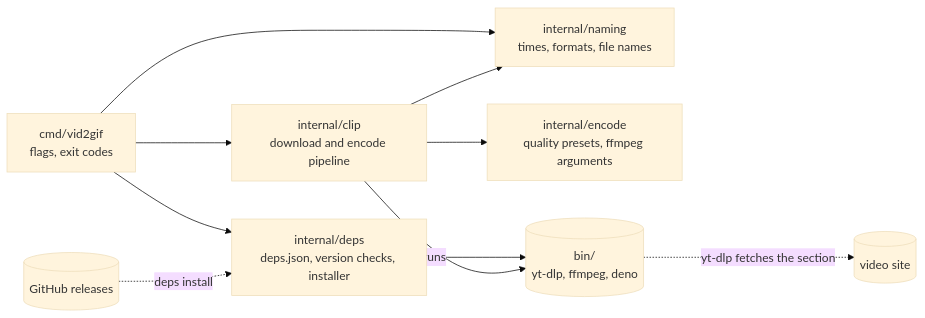
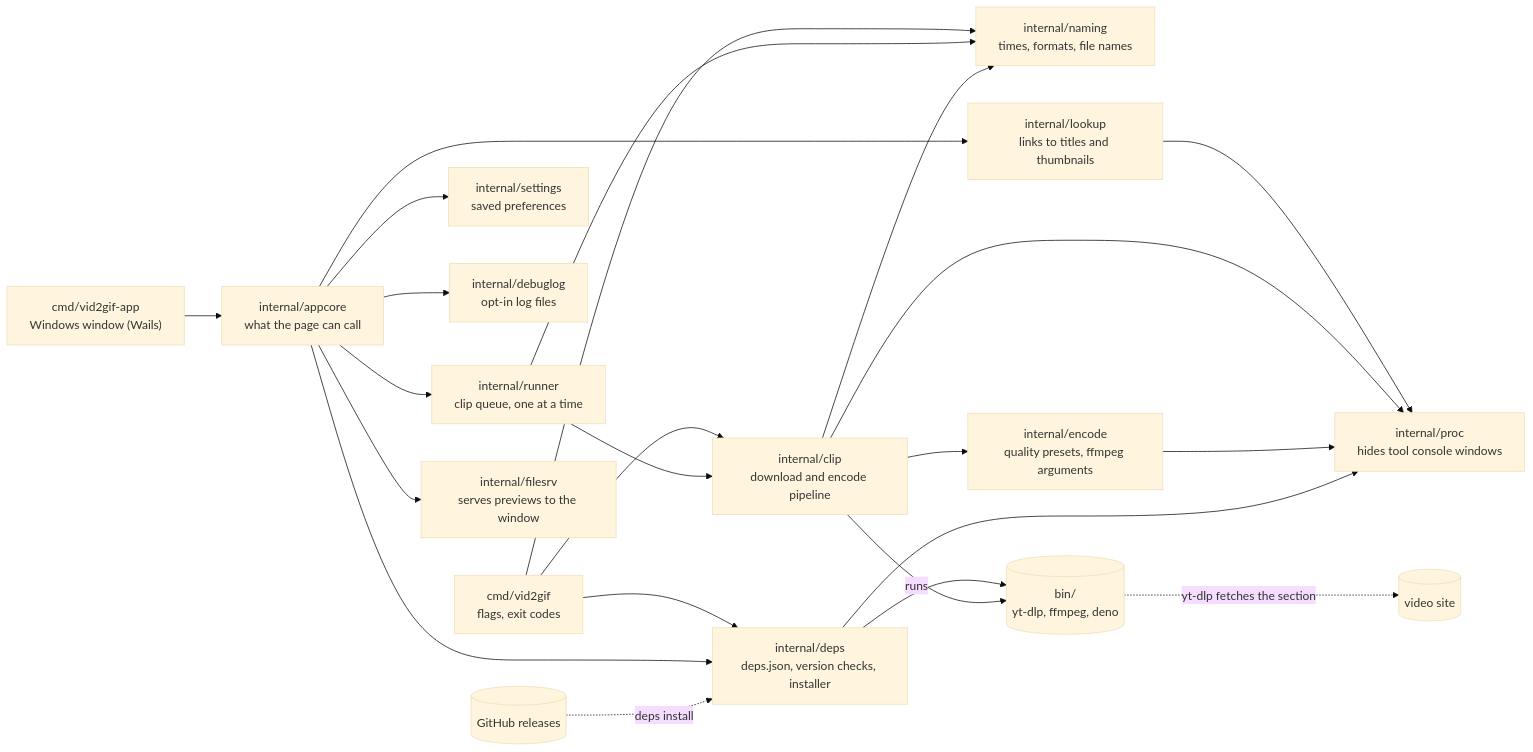
Before and after one commit to noktoa/vid2gif: the first of 2 diagrams in README.md, drawn with Mermaid (base theme). The commit also changed other lines of this file and 2 other files, not shown here.

Commit message:
chore: release and CI for the app

````diff
--- a/README.md
+++ b/README.md
@@ -132,21 +156,42 @@
 ```mermaid
 flowchart LR
     cli["cmd/vid2gif<br/>flags, exit codes"]
     naming["internal/naming<br/>times, formats, file names"]
     deps["internal/deps<br/>deps.json, version checks, installer"]
     clip["internal/clip<br/>download and encode pipeline"]
     encode["internal/encode<br/>quality presets, ffmpeg arguments"]
+    app["cmd/vid2gif-app<br/>Windows window (Wails)"]
+    appcore["internal/appcore<br/>what the page can call"]
+    settings["internal/settings<br/>saved preferences"]
+    debuglog["internal/debuglog<br/>opt-in log files"]
+    lookup["internal/lookup<br/>links to titles and thumbnails"]
+    runner["internal/runner<br/>clip queue, one at a time"]
+    filesrv["internal/filesrv<br/>serves previews to the window"]
+    proc["internal/proc<br/>hides tool console windows"]
     bin[("bin/<br/>yt-dlp, ffmpeg, deno")]
     github[("GitHub releases")]
     site[("video site")]
 
     cli --> naming
     cli --> deps
     cli --> clip
+    app --> appcore
+    appcore --> settings
+    appcore --> debuglog
+    appcore --> lookup
+    appcore --> runner
+    appcore --> filesrv
+    appcore --> deps
+    runner --> clip
+    runner --> naming
+    lookup --> proc
+    clip --> proc
+    encode --> proc
+    deps --> proc
     clip --> naming
     clip --> encode
     deps --> bin
     github -.->|"deps install"| deps
     clip -->|"runs"| bin
     bin -.->|"yt-dlp fetches the section"| site
 ```
````
